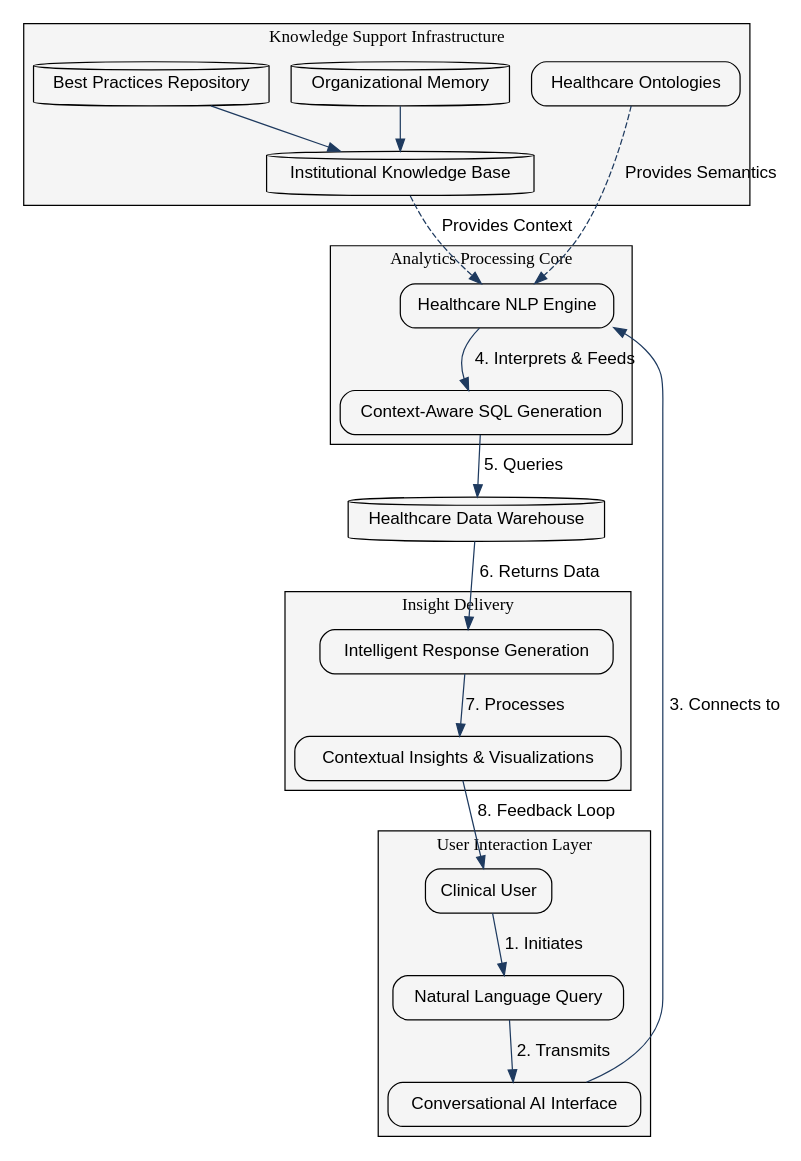
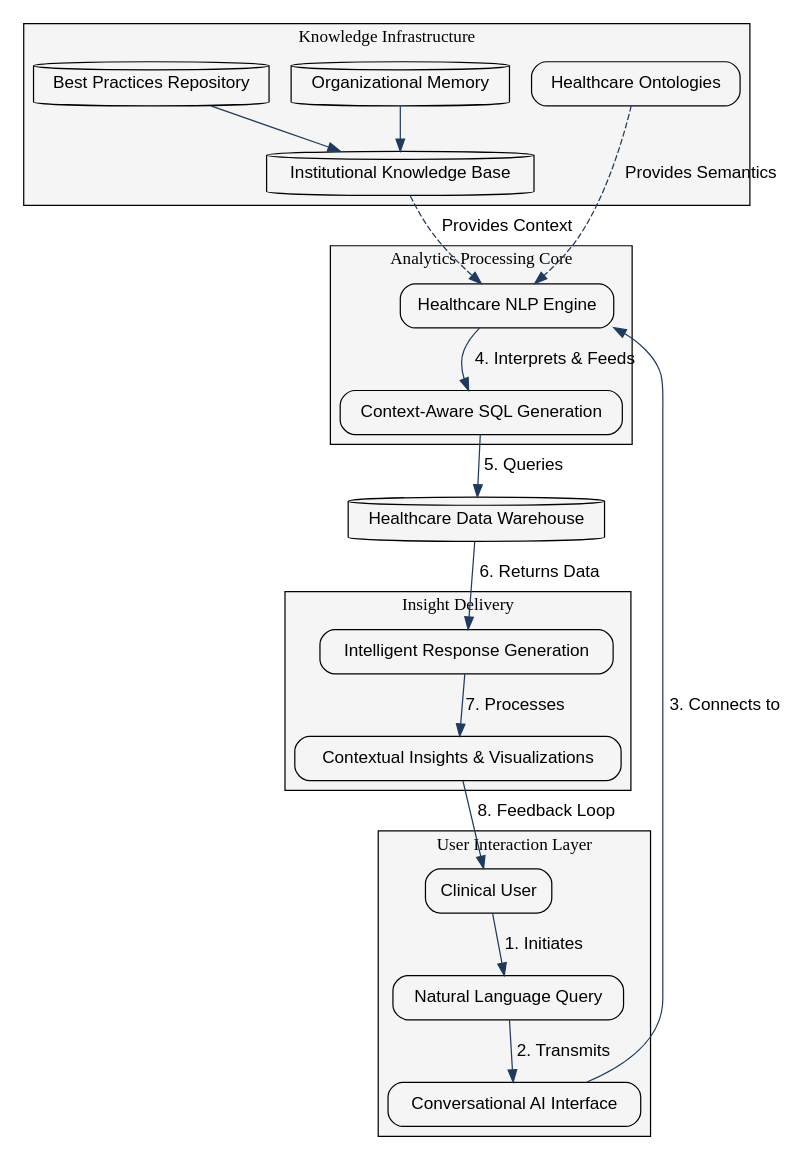
The diagram in figures/architecture.mmd.dot (stharrold/yuimedi-paper-20250901), drawn with Graphviz before and after one commit. The commit also changed 5 other files, not shown here.

First line of the commit message:
fix(figures): shorten Knowledge Infrastructure label

```diff
--- a/figures/architecture.mmd.dot
+++ b/figures/architecture.mmd.dot
@@ -1,77 +1,77 @@
 // Healthcare Analytics Architecture - DOT version
 // Generated from architecture.mmd
 digraph architecture {
     rankdir=TB;
     node [shape=box, style="filled,rounded", fillcolor="#f5f5f5", fontname="Helvetica"];
     edge [fontname="Helvetica", color="#1E3A5F"];
 
     // User Interaction Layer
     subgraph cluster_UI {
         label="User Interaction Layer";
         style=filled;
         fillcolor="#f5f5f5";
         color="#999";
 
         A [label="Clinical User"];
         B [label="Natural Language Query"];
         C [label="Conversational AI Interface"];
 
         A -> B [label="1. Initiates"];
         B -> C [label="2. Transmits"];
     }
 
-    // Knowledge Support Infrastructure
+    // Knowledge Infrastructure
     subgraph cluster_Knowledge {
-        label="Knowledge Support Infrastructure";
+        label="Knowledge Infrastructure";
         style=filled;
         fillcolor="#f5f5f5";
         color="#999";
 
         D [label="Organizational Memory", shape=cylinder];
         E [label="Best Practices Repository", shape=cylinder];
         F [label="Healthcare Ontologies"];
         G [label="Institutional Knowledge Base", shape=cylinder];
 
         D -> G;
         E -> G;
     }
 
     // Analytics Processing Core
     subgraph cluster_Engine {
         label="Analytics Processing Core";
         style=filled;
         fillcolor="#f5f5f5";
         color="#999";
 
         H [label="Healthcare NLP Engine"];
         I [label="Context-Aware SQL Generation"];
 
         H -> I [label="4. Interprets & Feeds"];
     }
 
     // Data Warehouse
     J [label="Healthcare Data Warehouse", shape=cylinder];
 
     // Insight Delivery
     subgraph cluster_Output {
         label="Insight Delivery";
         style=filled;
         fillcolor="#f5f5f5";
         color="#999";
 
         K [label="Intelligent Response Generation"];
         L [label="Contextual Insights & Visualizations"];
 
         K -> L [label="7. Processes"];
     }
 
     // Main flow
     C -> H [label="3. Connects to"];
     I -> J [label="5. Queries"];
     J -> K [label="6. Returns Data"];
     L -> A [label="8. Feedback Loop"];
 
     // Knowledge injection (dashed)
     G -> H [style=dashed, label="Provides Context"];
     F -> H [style=dashed, label="Provides Semantics"];
 }
```
